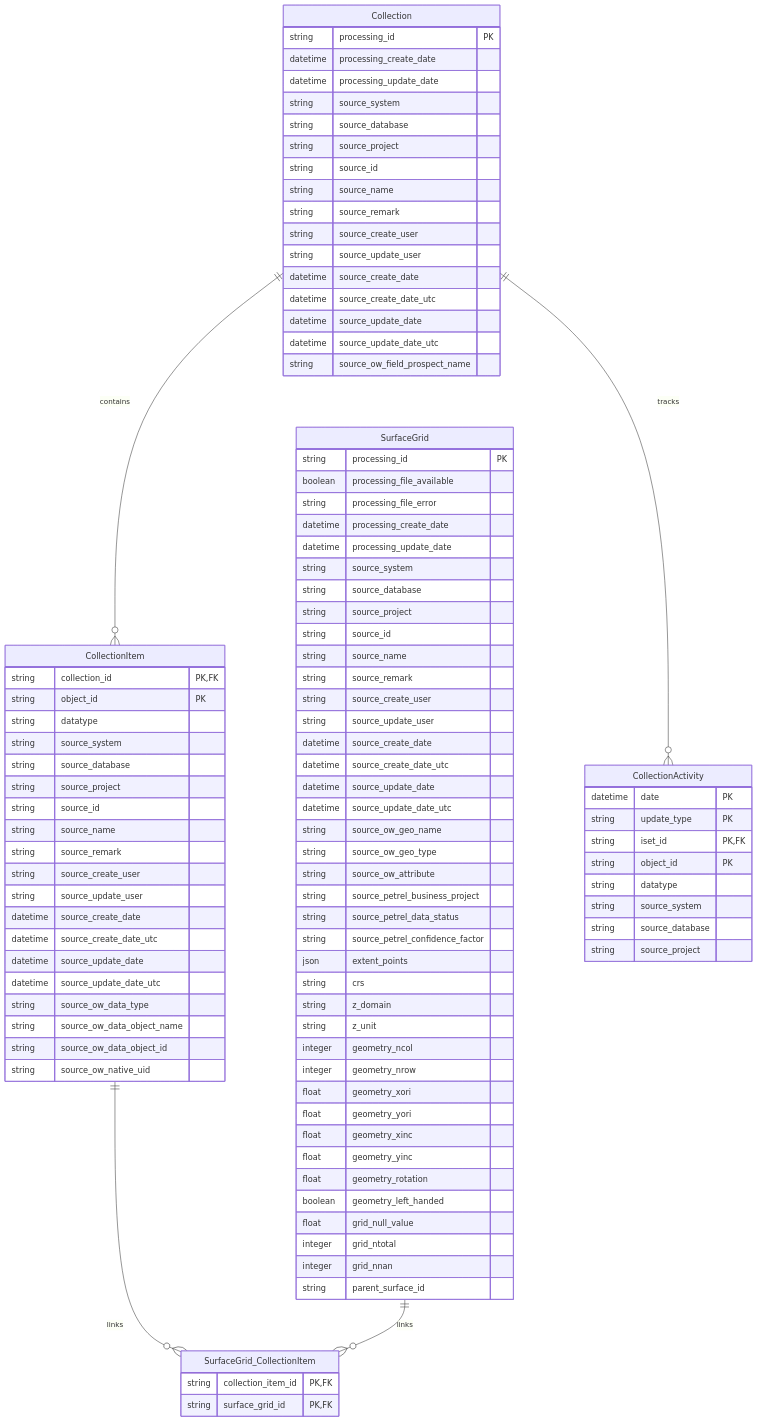
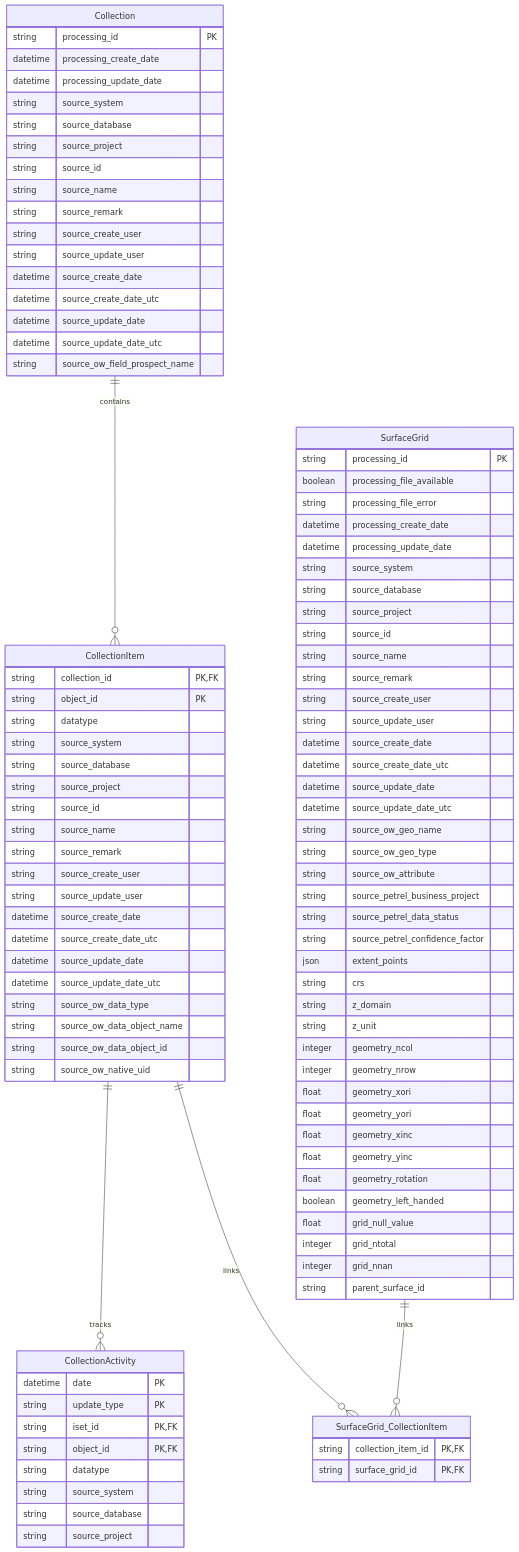
One commit to equinor/interpretation-models changed the diagram in docs/database_model.md. Above: the diagram before and after it, drawn with Mermaid. The commit also changed 3 other files, not shown here.

First line of the commit message:
fix: CollectionActivity refrences CollectionItem

````diff
--- a/docs/database_model.md
+++ b/docs/database_model.md
@@ -87,7 +87,7 @@
         datetime date PK
         string update_type PK
         string iset_id PK, FK
-        string object_id PK
+        string object_id PK, FK
         string datatype
         string source_system
         string source_database
@@ -100,7 +100,7 @@
     }
 
     Collection ||--o{ CollectionItem : "contains"
-    Collection ||--o{ CollectionActivity : "tracks"
+    CollectionItem ||--o{ CollectionActivity : "tracks"
     CollectionItem ||--o{ SurfaceGrid_CollectionItem : "links"
     SurfaceGrid ||--o{ SurfaceGrid_CollectionItem : "links"
 ```
````
